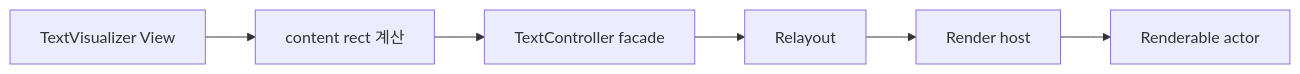
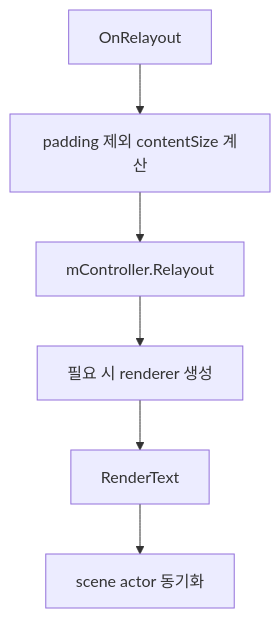
The second of 2 diagrams in docs/text-visualizer/02-input-field-analysis.ko.md (wonrst/dali-ui), drawn with Mermaid before and after one commit. The commit also changed other lines of this file, not shown here.

Commit message:
Add input field analysis for text visualizer

````diff
--- a/docs/text-visualizer/02-input-field-analysis.ko.md
+++ b/docs/text-visualizer/02-input-field-analysis.ko.md
@@ -168,8 +303,8 @@
 ```mermaid
-flowchart LR
-  A[TextVisualizer View] --> B[content rect 계산]
-  B --> C[TextController facade]
-  C --> D[Relayout]
-  D --> E[Render host]
-  E --> F[Renderable actor]
+flowchart TD
+  A[OnRelayout] --> B[padding 제외 contentSize 계산]
+  B --> C[mController.Relayout]
+  C --> D[필요 시 renderer 생성]
+  D --> E[RenderText]
+  E --> F[scene actor 동기화]
 ```
````
